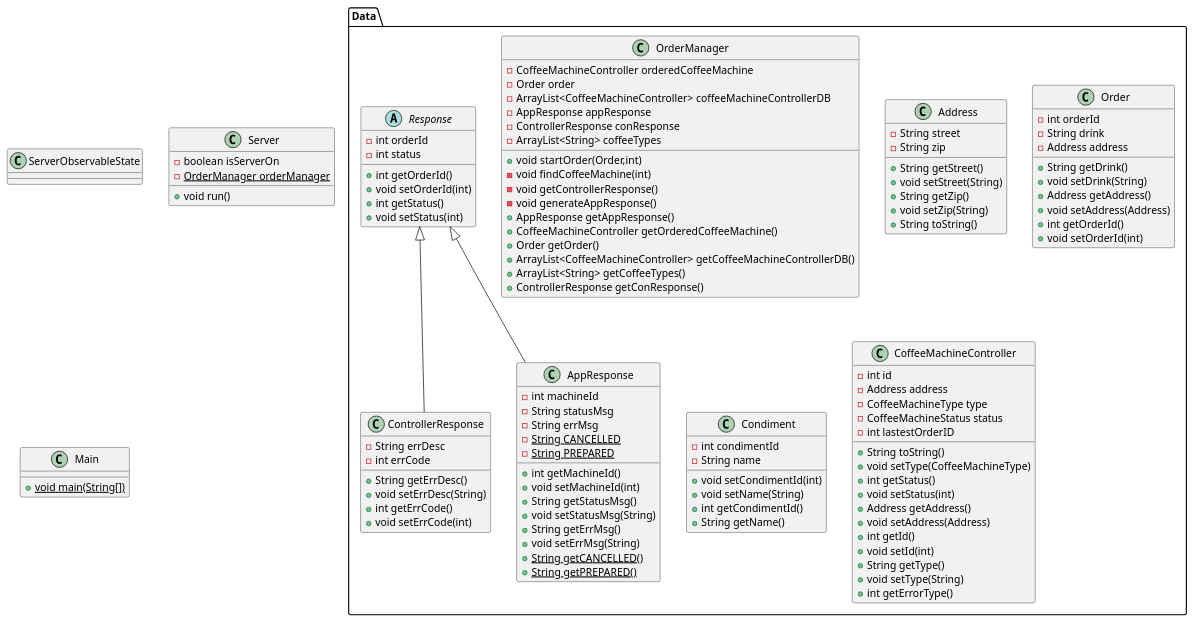
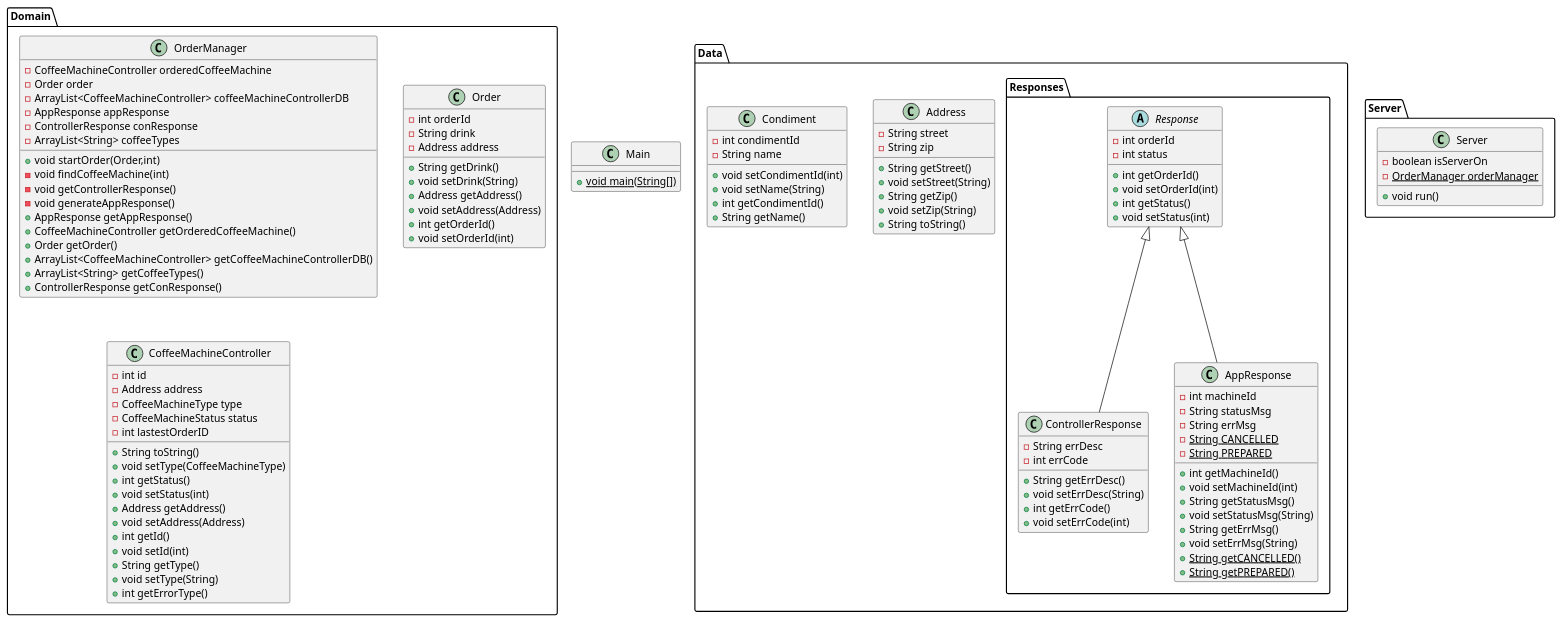
Before and after one commit to rhit-liua1/CSSE374-project: the diagram in CD.puml, drawn with PlantUML. The commit also changed 64 other files, not shown here.

```diff
--- a/CD.puml
+++ b/CD.puml
@@ -1,111 +1,109 @@
 @startuml
-class Data.OrderManager {
+class Domain.OrderManager {
 - CoffeeMachineController orderedCoffeeMachine
 - Order order
 - ArrayList<CoffeeMachineController> coffeeMachineControllerDB
 - AppResponse appResponse
 - ControllerResponse conResponse
 - ArrayList<String> coffeeTypes
 + void startOrder(Order,int)
 - void findCoffeeMachine(int)
 - void getControllerResponse()
 - void generateAppResponse()
 + AppResponse getAppResponse()
 + CoffeeMachineController getOrderedCoffeeMachine()
 + Order getOrder()
 + ArrayList<CoffeeMachineController> getCoffeeMachineControllerDB()
 + ArrayList<String> getCoffeeTypes()
 + ControllerResponse getConResponse()
 }
 class Data.Address {
 - String street
 - String zip
 + String getStreet()
 + void setStreet(String)
 + String getZip()
 + void setZip(String)
 + String toString()
 }
-class ServerObservableState {
-}
-class Data.Order {
+class Domain.Order {
 - int orderId
 - String drink
 - Address address
 + String getDrink()
 + void setDrink(String)
 + Address getAddress()
 + void setAddress(Address)
 + int getOrderId()
 + void setOrderId(int)
 }
-abstract class Data.Response {
+abstract class Data.Responses.Response {
 - int orderId
 - int status
 + int getOrderId()
 + void setOrderId(int)
 + int getStatus()
 + void setStatus(int)
 }
 class Data.Condiment {
 - int condimentId
 - String name
 + void setCondimentId(int)
 + void setName(String)
 + int getCondimentId()
 + String getName()
 }
-class Server {
+class Server.Server {
 - boolean isServerOn
 - {static} OrderManager orderManager
 + void run()
 }
-class Data.CoffeeMachineController {
+class Domain.CoffeeMachineController {
 - int id
 - Address address
 - CoffeeMachineType type
 - CoffeeMachineStatus status
 - int lastestOrderID
 + String toString()
 + void setType(CoffeeMachineType)
 + int getStatus()
 + void setStatus(int)
 + Address getAddress()
 + void setAddress(Address)
 + int getId()
 + void setId(int)
 + String getType()
 + void setType(String)
 + int getErrorType()
 }
-class Data.ControllerResponse {
+class Data.Responses.ControllerResponse {
 - String errDesc
 - int errCode
 + String getErrDesc()
 + void setErrDesc(String)
 + int getErrCode()
 + void setErrCode(int)
 }
-class Data.AppResponse {
+class Data.Responses.AppResponse {
 - int machineId
 - String statusMsg
 - String errMsg
 - {static} String CANCELLED
 - {static} String PREPARED
 + int getMachineId()
 + void setMachineId(int)
 + String getStatusMsg()
 + void setStatusMsg(String)
 + String getErrMsg()
 + void setErrMsg(String)
 + {static} String getCANCELLED()
 + {static} String getPREPARED()
 }
 class Main {
 + {static} void main(String[])
 }
 
 
-Data.Response <|-- Data.ControllerResponse
-Data.Response <|-- Data.AppResponse
+Data.Responses.Response <|-- Data.Responses.ControllerResponse
+Data.Responses.Response <|-- Data.Responses.AppResponse
 @enduml
```
